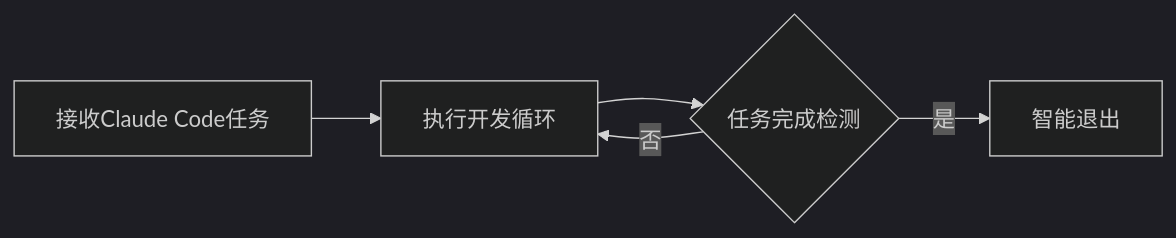
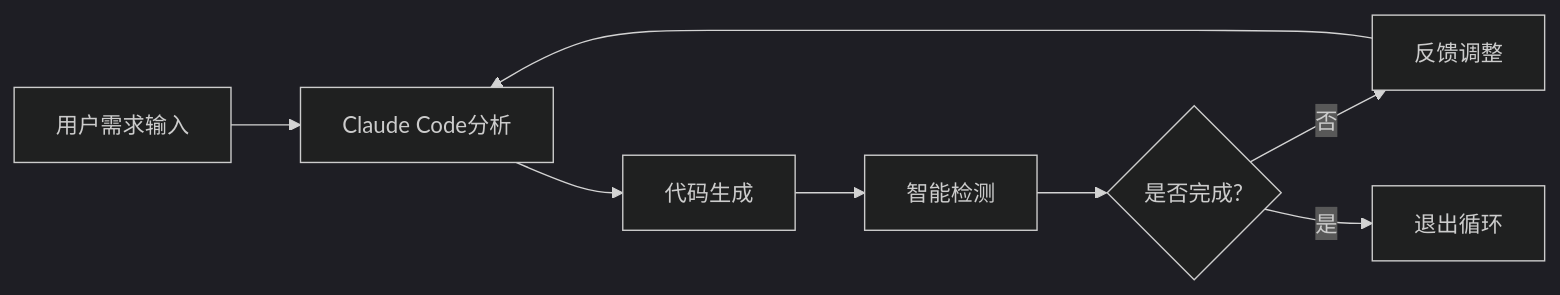
The second of 12 diagrams in reports/2026/01/2026-01-13.md (wayyoungboy/github-trending-reporter), drawn with Mermaid (dark theme) before and after one commit. The commit also changed other lines of this file and 1 other file, not shown here.

````diff
--- a/reports/2026/01/2026-01-13.md
+++ b/reports/2026/01/2026-01-13.md
@@ -112,7 +110,10 @@
 ```mermaid
 graph LR
-    A[接收Claude Code任务] --> B[执行开发循环]
-    B --> C{任务完成检测}
-    C -->|是| D[智能退出]
-    C -->|否| B
+    A[用户需求输入] --> B[Claude Code分析]
+    B --> C[代码生成]
+    C --> D[智能检测]
+    D --> E{是否完成?}
+    E -->|否| F[反馈调整]
+    F --> B
+    E -->|是| G[退出循环]
 ```
````
